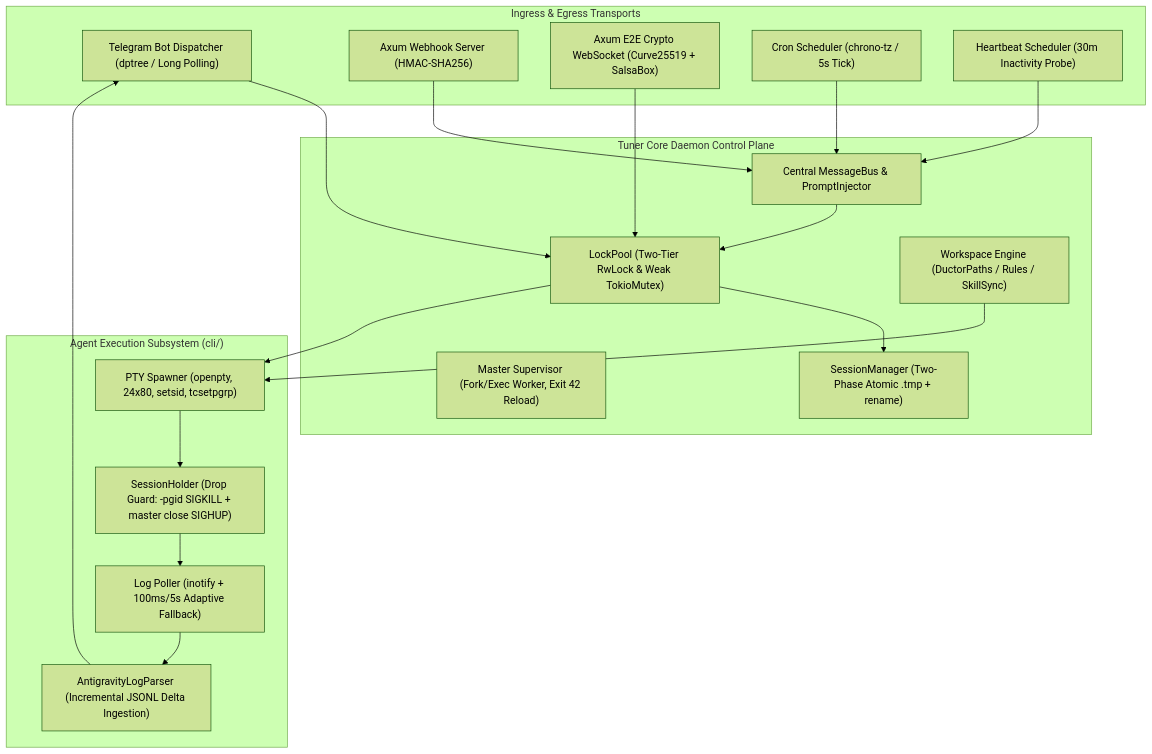
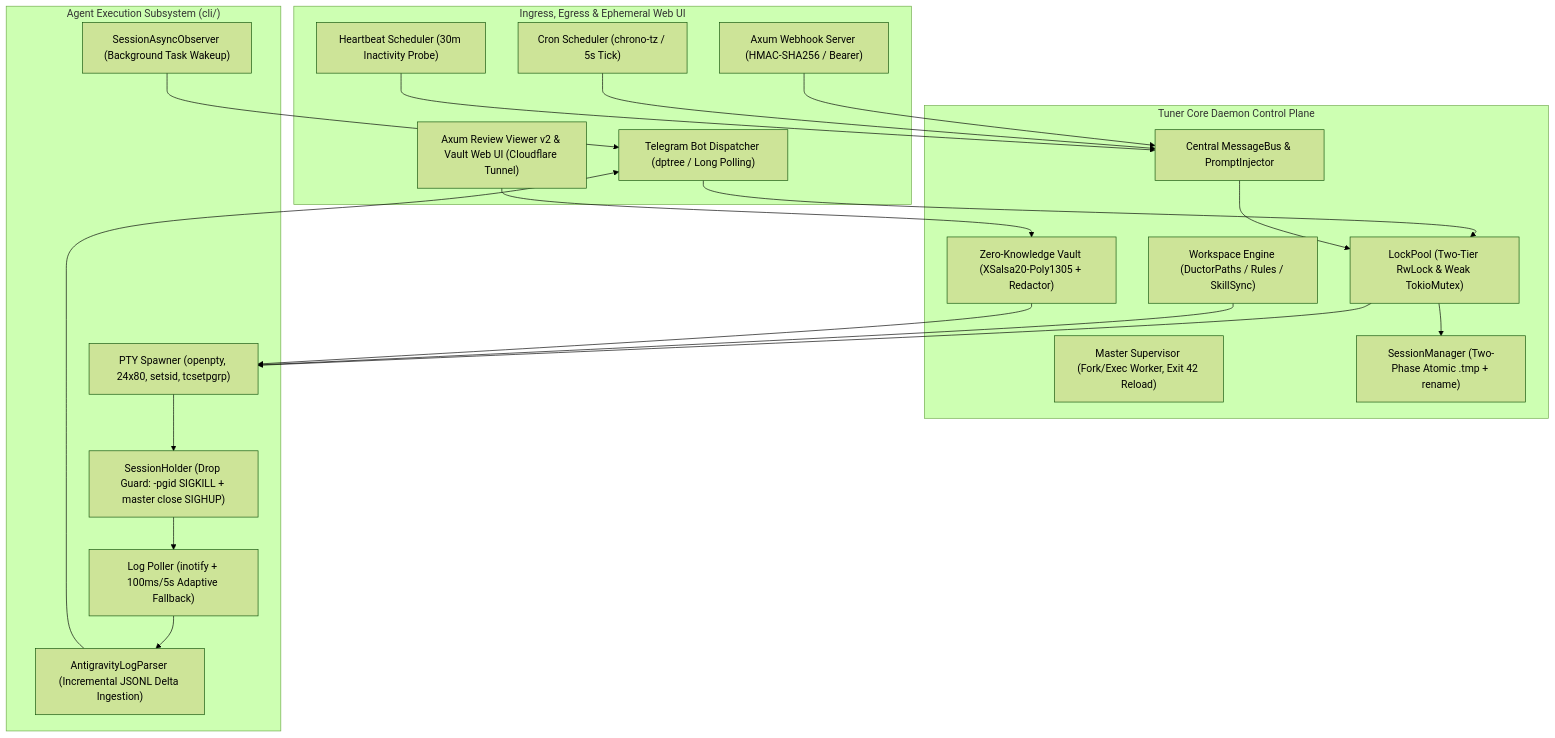
The diagram in ARCHITECTURE.md (imwoo90/tuner), drawn with Mermaid (forest theme) before and after one commit. The commit also changed other lines of this file and 2 other files, not shown here.

Commit message:
docs: synchronize README.md, ARCHITECTURE.md, and AGENTS.md with v0.1.53 codebase

````diff
--- a/ARCHITECTURE.md
+++ b/ARCHITECTURE.md
@@ -20,39 +20,43 @@
 ```mermaid
 graph TD
-    subgraph Transports["Ingress & Egress Transports"]
+    subgraph Transports["Ingress, Egress & Ephemeral Web UI"]
         TG["Telegram Bot Dispatcher (dptree / Long Polling)"]
-        WH["Axum Webhook Server (HMAC-SHA256)"]
-        WS["Axum E2E Crypto WebSocket (Curve25519 + SalsaBox)"]
+        WH["Axum Webhook Server (HMAC-SHA256 / Bearer)"]
+        RV["Axum Review Viewer v2 & Vault Web UI (Cloudflare Tunnel)"]
         CronSched["Cron Scheduler (chrono-tz / 5s Tick)"]
         HbSched["Heartbeat Scheduler (30m Inactivity Probe)"]
     end
 
     subgraph CoreDaemon["Tuner Core Daemon Control Plane"]
         Supervisor["Master Supervisor (Fork/Exec Worker, Exit 42 Reload)"]
         Bus["Central MessageBus & PromptInjector"]
         LockPool["LockPool (Two-Tier RwLock & Weak TokioMutex)"]
         SessionMgr["SessionManager (Two-Phase Atomic .tmp + rename)"]
         WorkspaceMgr["Workspace Engine (DuctorPaths / Rules / SkillSync)"]
+        VaultStore["Zero-Knowledge Vault (XSalsa20-Poly1305 + Redactor)"]
     end
 
     subgraph AgentRuntime["Agent Execution Subsystem (cli/)"]
         PTY["PTY Spawner (openpty, 24x80, setsid, tcsetpgrp)"]
         Holder["SessionHolder (Drop Guard: -pgid SIGKILL + master close SIGHUP)"]
         Poller["Log Poller (inotify + 100ms/5s Adaptive Fallback)"]
         Parser["AntigravityLogParser (Incremental JSONL Delta Ingestion)"]
+        AsyncObs["SessionAsyncObserver (Background Task Wakeup)"]
     end
 
     TG --> LockPool
     WH --> Bus
-    WS --> LockPool
+    RV --> VaultStore
     CronSched --> Bus
     HbSched --> Bus
     Bus --> LockPool
     LockPool --> SessionMgr
     LockPool --> PTY
     WorkspaceMgr --> PTY
+    VaultStore --> PTY
     PTY --> Holder
     Holder --> Poller
     Poller --> Parser
     Parser --> TG
+    AsyncObs --> TG
 ```
````
